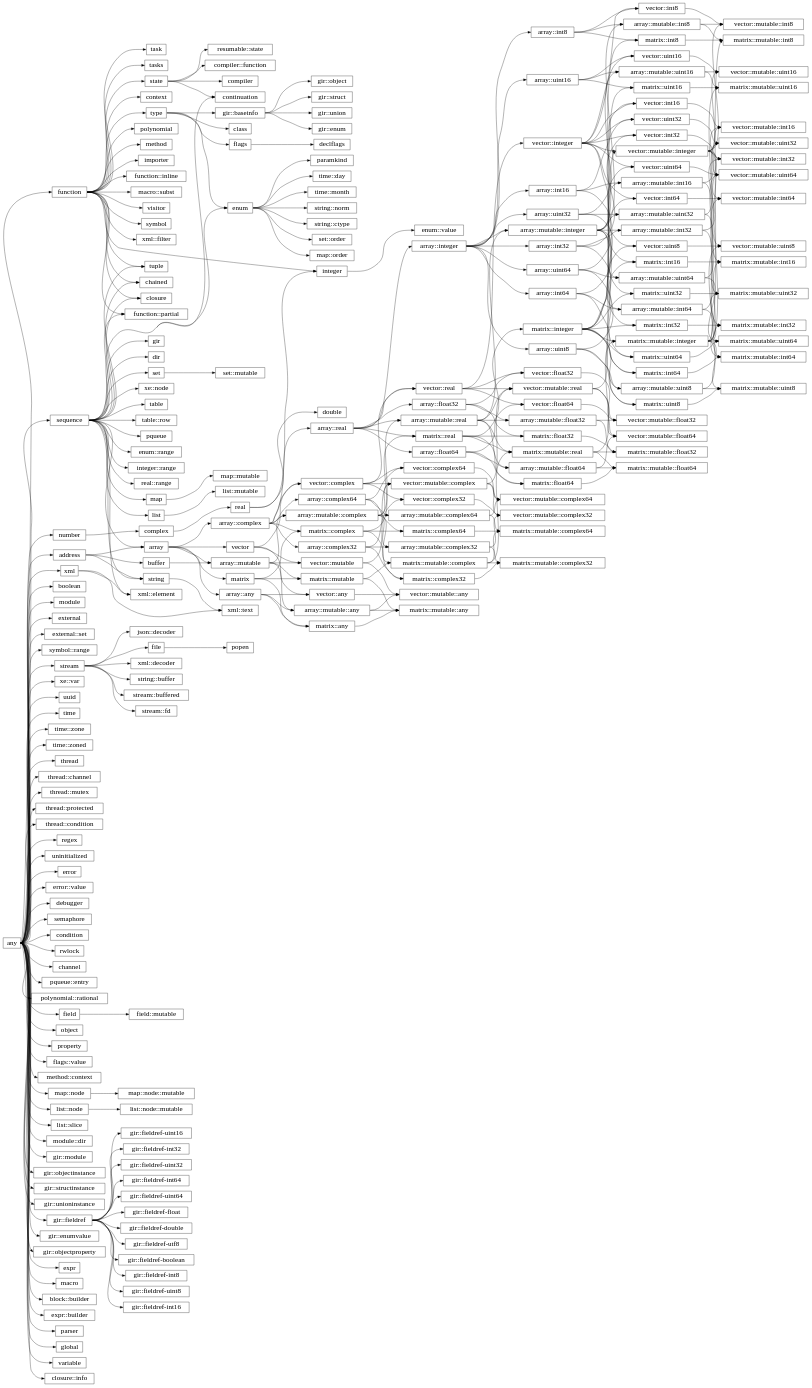
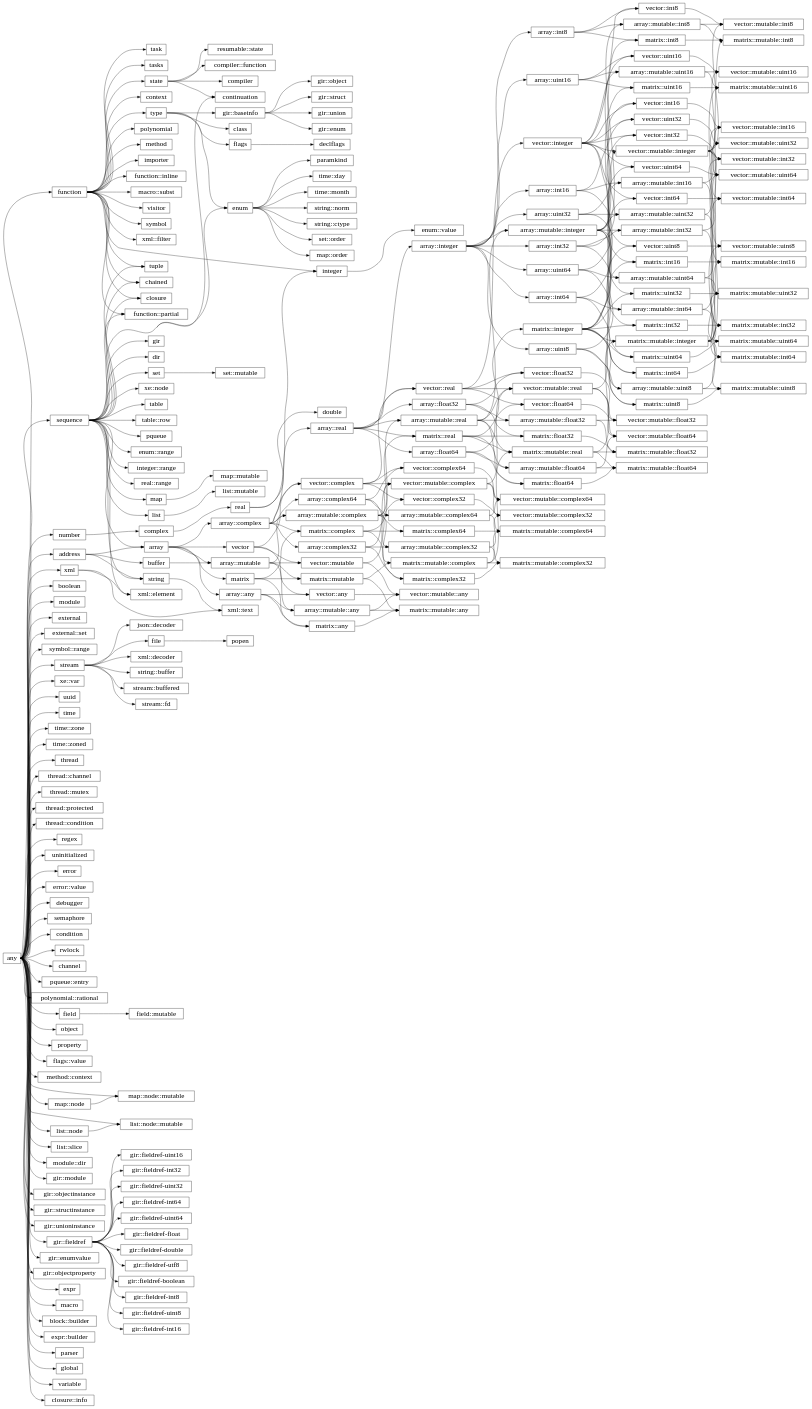
The diagram in docs/library/hierarchy.rst (wrapl/minilang), drawn with Graphviz before and after one commit. The commit also changed 9 other files, not shown here.

```diff
--- a/docs/library/hierarchy.rst
+++ b/docs/library/hierarchy.rst
@@ -107,10 +107,12 @@
       "enum":e -> "map::order":w;
       "any":e -> "map::node":w;
       "map::node":e -> "map::node::mutable":w;
+      "any":e -> "map::node::mutable":w;
       "sequence":e -> "list":w;
       "list":e -> "list::mutable":w;
       "any":e -> "list::node":w;
       "list::node":e -> "list::node::mutable":w;
+      "any":e -> "list::node::mutable":w;
       "any":e -> "list::slice":w;
       "function":e -> "importer":w;
       "any":e -> "module::dir":w;
```
